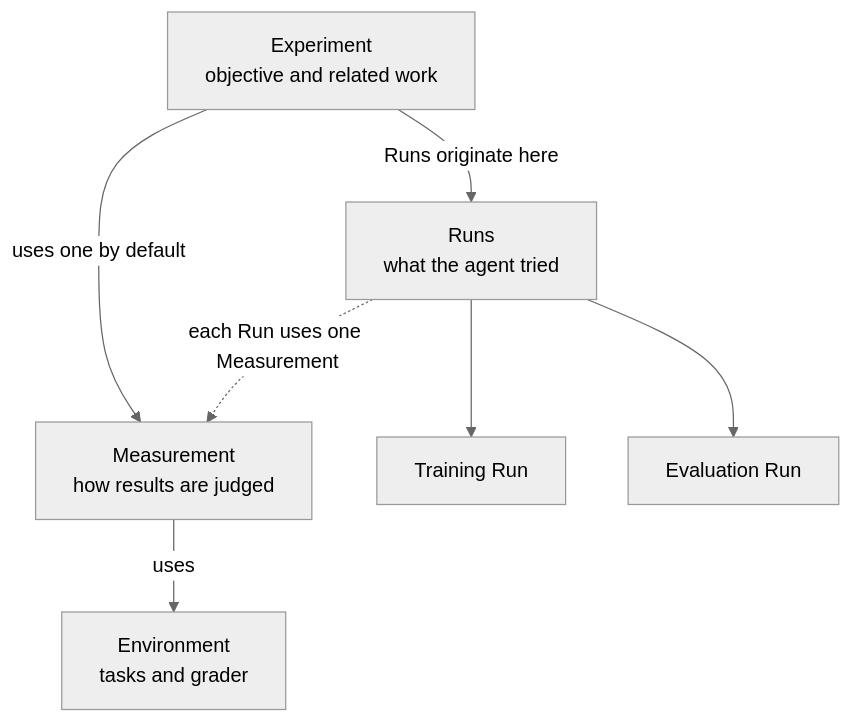
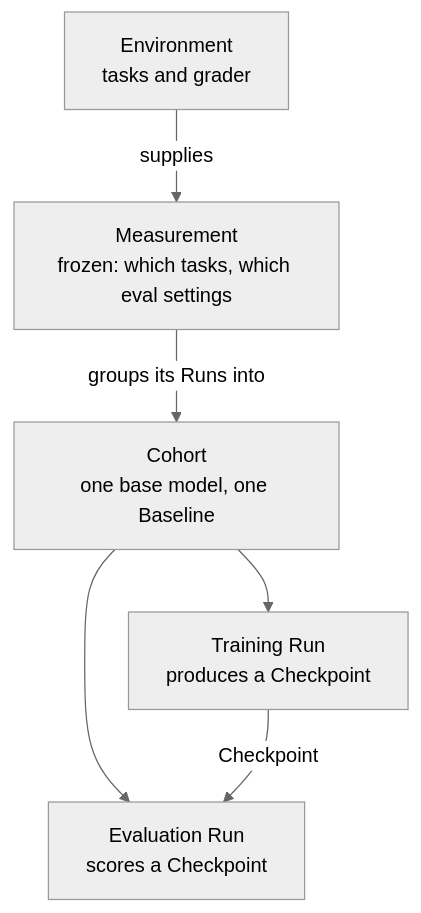
One commit to Monte-Inc/internal-monte-platform-docs changed the diagram in index.mdx. Above: the diagram before and after it, drawn with Mermaid (neutral theme). The commit also changed other lines of this file and 3 other files, not shown here.

First line of the commit message:
docs: the introduction shows what ships, not Experiment (#3)

````diff
--- a/index.mdx
+++ b/index.mdx
@@ -21,16 +23,14 @@
 ```mermaid actions={false}
 flowchart TD
-    E["Experiment<br/>objective and related work"]
-    M["Measurement<br/>how results are judged"]
     ENV["Environment<br/>tasks and grader"]
-    R["Runs<br/>what the agent tried"]
-    T["Training Run"]
-    V["Evaluation Run"]
+    M["Measurement<br/>frozen: which tasks, which eval settings"]
+    C["Cohort<br/>one base model, one Baseline"]
+    T["Training Run<br/>produces a Checkpoint"]
+    V["Evaluation Run<br/>scores a Checkpoint"]
 
-    E -->|"uses one by default"| M
-    M -->|"uses"| ENV
-    E -->|"Runs originate here"| R
-    R --> T
-    R --> V
-    R -. "each Run uses one Measurement" .-> M
+    ENV -->|"supplies"| M
+    M -->|"groups its Runs into"| C
+    C --> T
+    C --> V
+    T -->|"Checkpoint"| V
 ```
````
